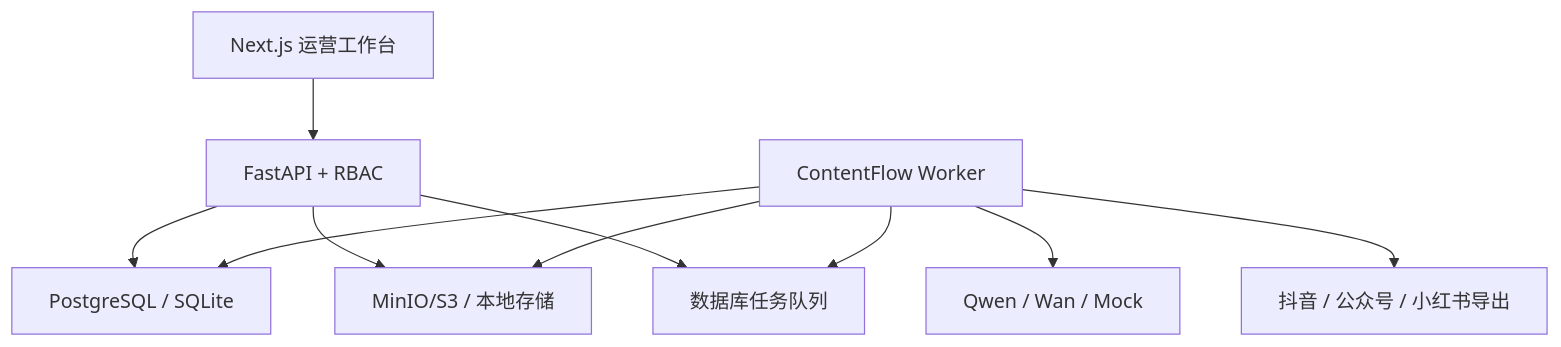
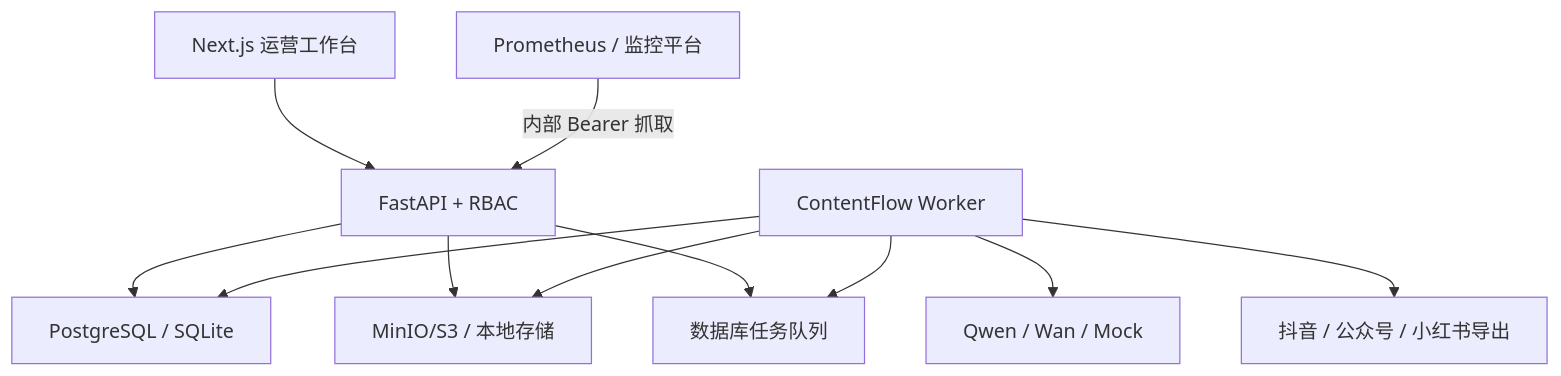
Before and after one commit to heee000/ContentFlow: the diagram in docs/architecture.md, drawn with Mermaid. The commit also changed other lines of this file and 15 other files, not shown here.

````diff
--- a/docs/architecture.md
+++ b/docs/architecture.md
@@ -7,12 +7,13 @@
 ```mermaid
 flowchart TB
     Web["Next.js 运营工作台"] --> API["FastAPI + RBAC"]
+    Prometheus["Prometheus / 监控平台"] -->|"内部 Bearer 抓取"| API
     API --> DB["PostgreSQL / SQLite"]
     API --> Object["MinIO/S3 / 本地存储"]
     API --> Queue["数据库任务队列"]
     Worker["ContentFlow Worker"] --> Queue
     Worker --> DB
     Worker --> Object
     Worker --> Models["Qwen / Wan / Mock"]
     Worker --> Platforms["抖音 / 公众号 / 小红书导出"]
 ```
````
